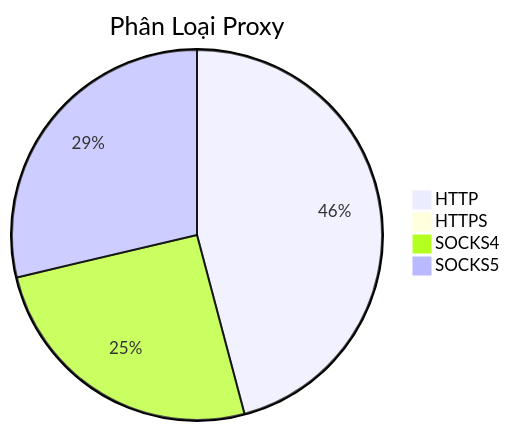
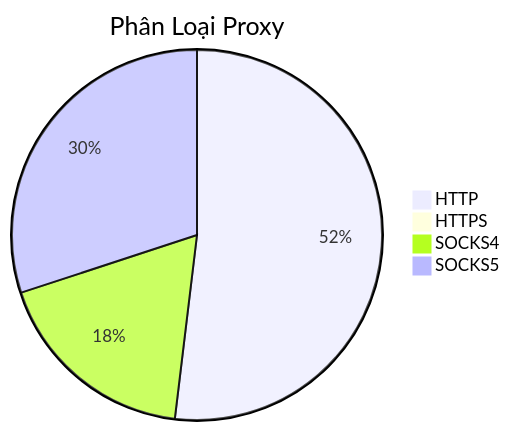
The diagram in README.md (Ciara-Aa/PROXY-free), drawn with Mermaid before and after one commit. The commit also changed other lines of this file and 4 other files, not shown here.

````diff
--- a/README.md
+++ b/README.md
@@ -26,7 +26,7 @@
 ```mermaid
 pie title Phân Loại Proxy
-    "HTTP" : 411
-    "HTTPS" : 3
-    "SOCKS4" : 228
-    "SOCKS5" : 257
+    "HTTP" : 394
+    "HTTPS" : 2
+    "SOCKS4" : 137
+    "SOCKS5" : 228
 ```
````
